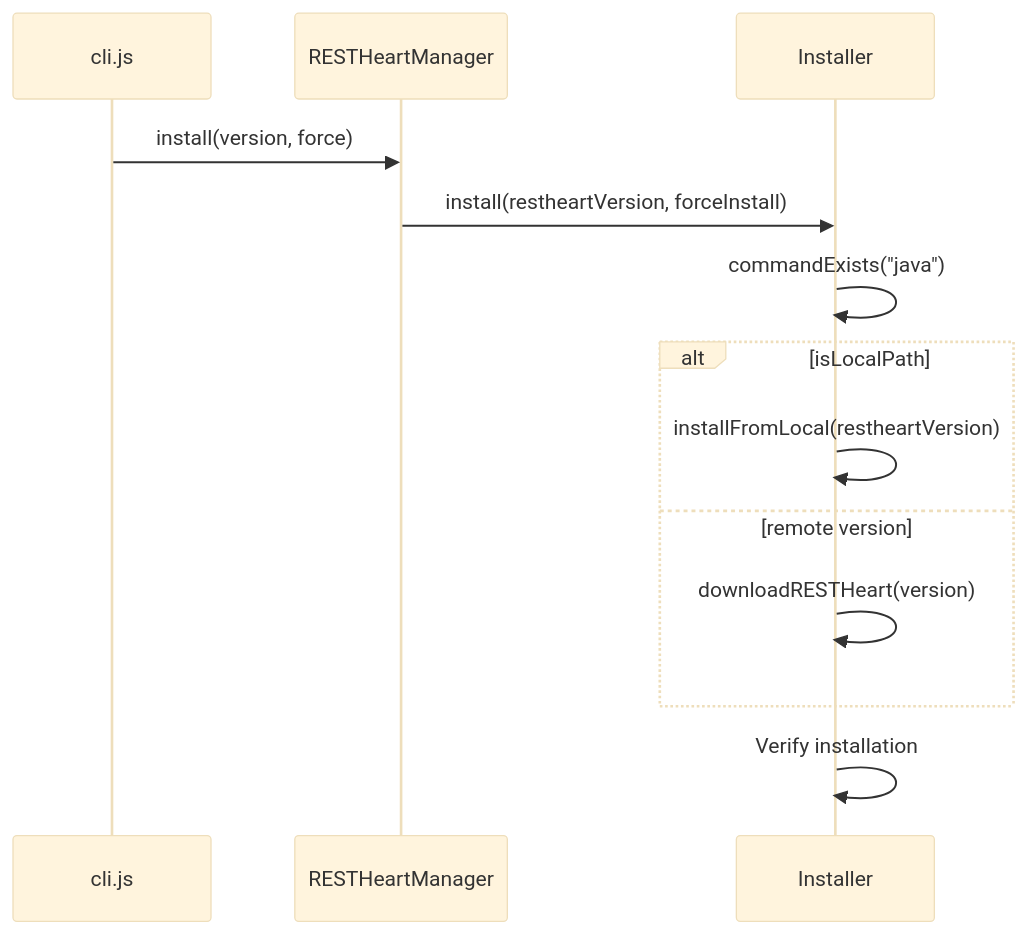
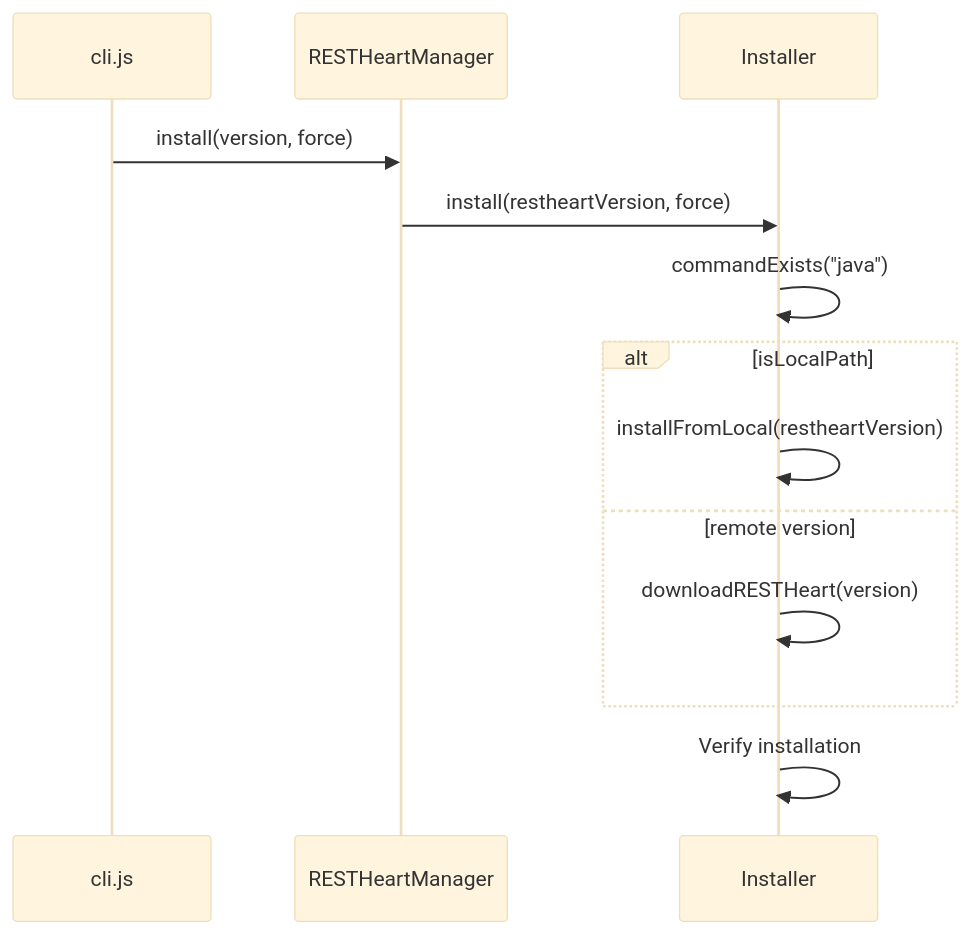
Before and after one commit to SoftInstigate/restheart-cli: the fourth of 4 diagrams in openwiki/architecture/overview.md, drawn with Mermaid (base theme). The commit also changed other lines of this file and 13 other files, not shown here.

````diff
--- a/openwiki/architecture/overview.md
+++ b/openwiki/architecture/overview.md
@@ -334,16 +365,16 @@
 ```mermaid
 sequenceDiagram
     participant CLI as cli.js
     participant RH as RESTHeartManager
     participant I as Installer
 
     CLI->>RH: install(version, force)
-    RH->>I: install(restheartVersion, forceInstall)
+    RH->>I: install(restheartVersion, force)
     I->>I: commandExists("java")
     alt isLocalPath
         I->>I: installFromLocal(restheartVersion)
     else remote version
         I->>I: downloadRESTHeart(version)
     end
     I->>I: Verify installation
 ```
````
